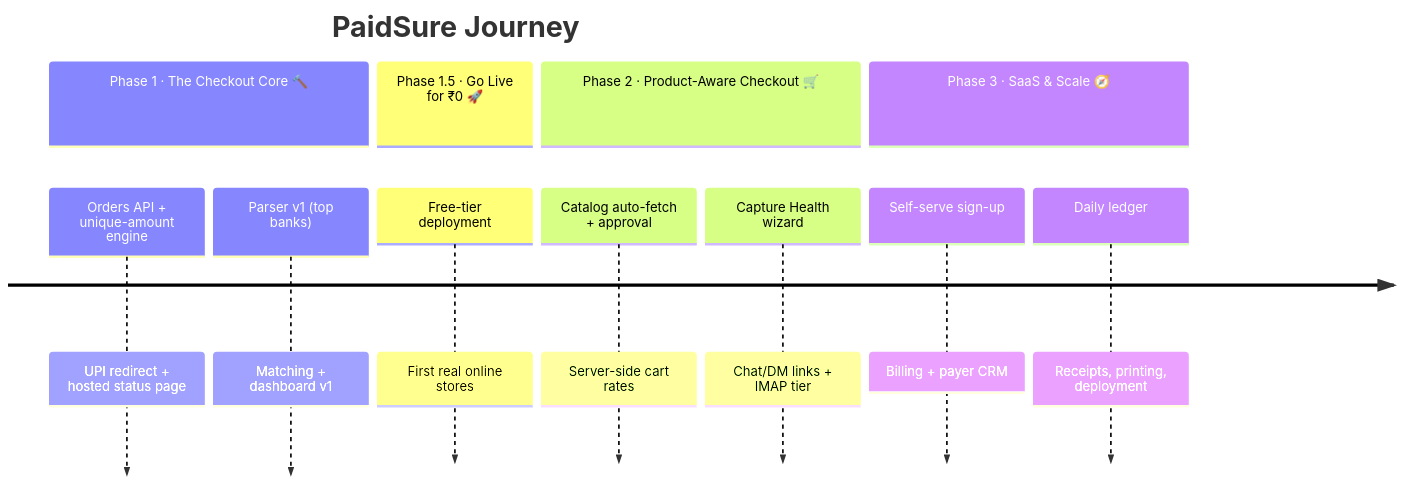
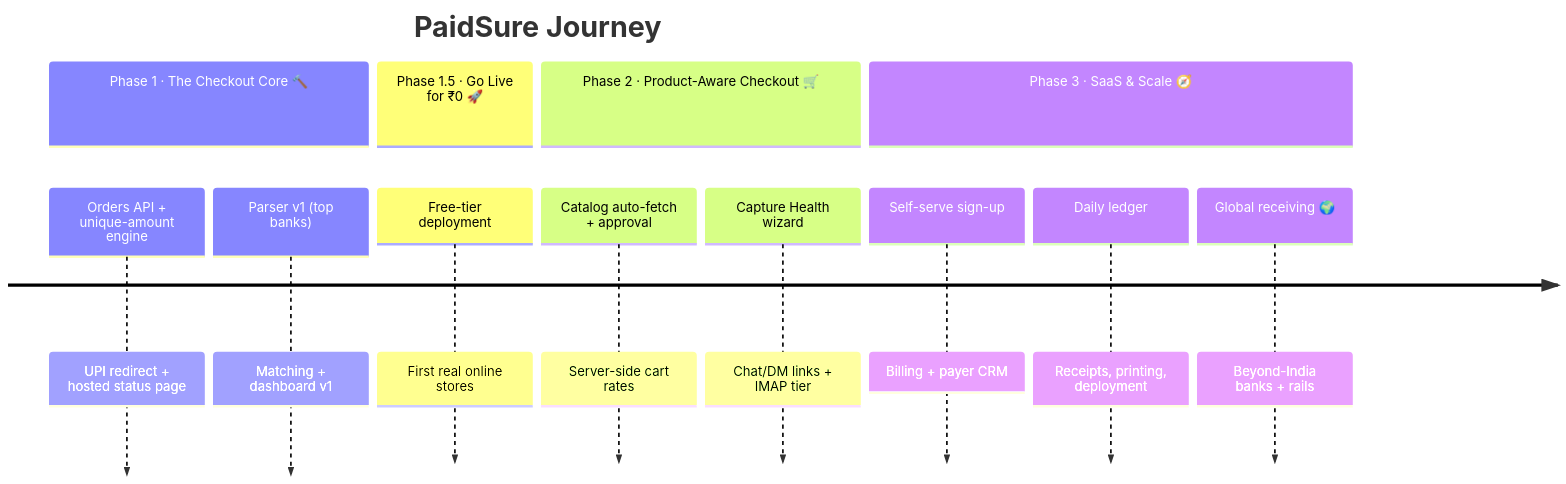
One commit to aravind220806/Paid_Sure changed the second of 2 diagrams in README.md. Above: the diagram before and after it, drawn with Mermaid. The commit also changed other lines of this file, not shown here.

First line of the commit message:
docs: why a business account — the freeze risk, and the global payer roadmap

````diff
--- a/README.md
+++ b/README.md
@@ -321,15 +321,16 @@
 ```mermaid
 timeline
     title PaidSure Journey
     section Phase 1 · The Checkout Core 🔨
         Orders API + unique-amount engine : UPI redirect + hosted status page
         Parser v1 (top banks)             : Matching + dashboard v1
     section Phase 1.5 · Go Live for ₹0 🚀
         Free-tier deployment              : First real online stores
     section Phase 2 · Product-Aware Checkout 🛒
         Catalog auto-fetch + approval     : Server-side cart rates
         Capture Health wizard             : Chat/DM links + IMAP tier
     section Phase 3 · SaaS & Scale 🧭
         Self-serve sign-up                : Billing + payer CRM
         Daily ledger                      : Receipts, printing, deployment
+        Global receiving 🌍               : Beyond-India banks + rails
 ```
````
